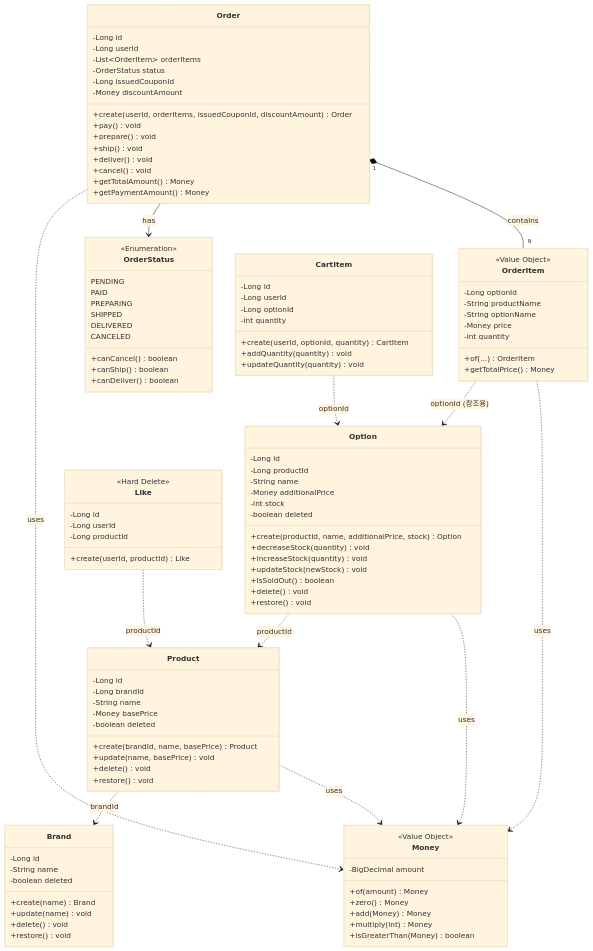
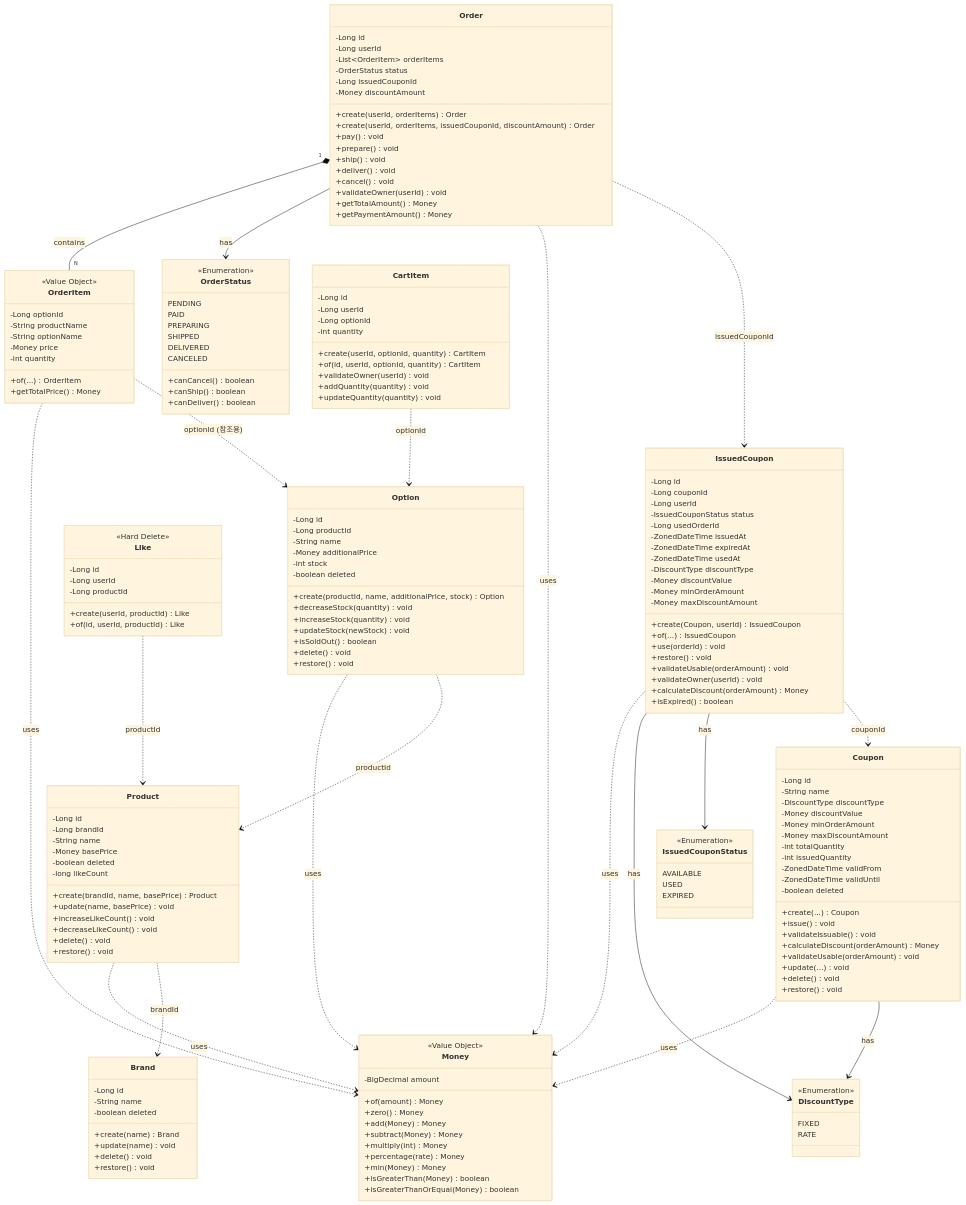
One commit to Loopers-dev-lab/loop-pack-be-l2-vol3-java changed the diagram in docs/design/03-class-diagram.md. Above: the diagram before and after it, drawn with Mermaid (base theme). The commit also changed other lines of this file and 2 other files, not shown here.

Commit message:
docs: 설계 문서 3개를 실제 코드 구조에 맞춰 갱신
- 03-class-diagram: Coupon/IssuedCoupon 도메인 추가, Money/Order/CartItem/Product 메서드 보강, 설계 원칙 Rich Domain Model로 수정
- 02-sequence-diagrams: 13개 시나리오 Facade→AppService 구조 반영, 쿠폰 발급 시나리오 추가, Fail-Fast/Lock Ordering 명시
- pr-summary-volume-4: @Modifying 스니펫 갱신, 테스트 수 374로 갱신

````diff
--- a/docs/design/03-class-diagram.md
+++ b/docs/design/03-class-diagram.md
@@ -32,12 +34,14 @@
         -OrderStatus status
         -Long issuedCouponId
         -Money discountAmount
+        +create(userId, orderItems) Order
         +create(userId, orderItems, issuedCouponId, discountAmount) Order
         +pay() void
         +prepare() void
         +ship() void
         +deliver() void
         +cancel() void
+        +validateOwner(userId) void
         +getTotalAmount() Money
         +getPaymentAmount() Money
     }
@@ -73,8 +77,11 @@
         -String name
         -Money basePrice
         -boolean deleted
+        -long likeCount
         +create(brandId, name, basePrice) Product
         +update(name, basePrice) void
+        +increaseLikeCount() void
+        +decreaseLikeCount() void
         +delete() void
         +restore() void
     }
@@ -113,6 +120,8 @@
         -Long optionId
         -int quantity
         +create(userId, optionId, quantity) CartItem
+        +of(id, userId, optionId, quantity) CartItem
+        +validateOwner(userId) void
         +addQuantity(quantity) void
         +updateQuantity(quantity) void
     }
@@ -124,6 +133,66 @@
         -Long userId
         -Long productId
         +create(userId, productId) Like
+        +of(id, userId, productId) Like
+    }
+
+    %% ===== Coupon =====
+    class Coupon {
+        -Long id
+        -String name
+        -DiscountType discountType
+        -Money discountValue
+        -Money minOrderAmount
+        -Money maxDiscountAmount
+        -int totalQuantity
+        -int issuedQuantity
+        -ZonedDateTime validFrom
+        -ZonedDateTime validUntil
+        -boolean deleted
+        +create(...) Coupon
+        +issue() void
+        +validateIssuable() void
+        +calculateDiscount(orderAmount) Money
+        +validateUsable(orderAmount) void
+        +update(...) void
+        +delete() void
+        +restore() void
+    }
+
+    class IssuedCoupon {
+        -Long id
+        -Long couponId
+        -Long userId
+        -IssuedCouponStatus status
+        -Long usedOrderId
+        -ZonedDateTime issuedAt
+        -ZonedDateTime expiredAt
+        -ZonedDateTime usedAt
+        -DiscountType discountType
+        -Money discountValue
+        -Money minOrderAmount
+        -Money maxDiscountAmount
+        +create(Coupon, userId) IssuedCoupon
+        +of(...) IssuedCoupon
+        +use(orderId) void
+        +restore() void
+        +validateUsable(orderAmount) void
+        +validateOwner(userId) void
+        +calculateDiscount(orderAmount) Money
+        +isExpired() boolean
+    }
+
+    class DiscountType {
+        <<Enumeration>>
+        FIXED
+        RATE
+    }
+
+    class IssuedCouponStatus {
+        <<Enumeration>>
+        AVAILABLE
+        USED
+        EXPIRED
     }
 
     %% ===== Value Object =====
@@ -133,8 +202,12 @@
         +of(amount) Money
         +zero() Money
         +add(Money) Money
+        +subtract(Money) Money
         +multiply(int) Money
+        +percentage(rate) Money
+        +min(Money) Money
         +isGreaterThan(Money) boolean
+        +isGreaterThanOrEqual(Money) boolean
     }
 
     %% ===== Relationships =====
@@ -144,6 +217,11 @@
     OrderItem ..> Money : uses
     Product ..> Money : uses
     Option ..> Money : uses
+    Coupon ..> Money : uses
+    Coupon --> DiscountType : has
+    IssuedCoupon ..> Money : uses
+    IssuedCoupon --> DiscountType : has
+    IssuedCoupon --> IssuedCouponStatus : has
 
     %% ===== Logical References (ID only) =====
     Product ..> Brand : brandId
@@ -151,4 +229,6 @@
     CartItem ..> Option : optionId
     Like ..> Product : productId
     OrderItem ..> Option : optionId (참조용)
+    Order ..> IssuedCoupon : issuedCouponId
+    IssuedCoupon ..> Coupon : couponId
 ```
````
